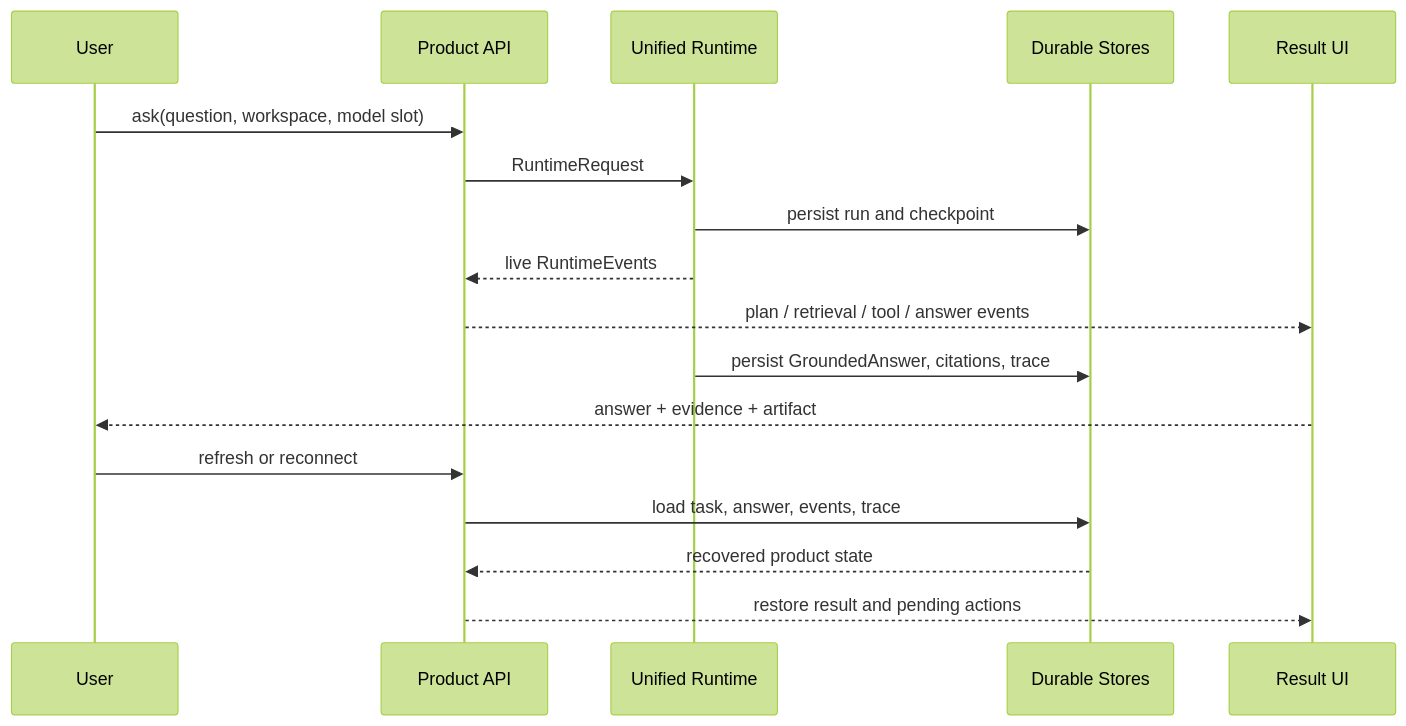
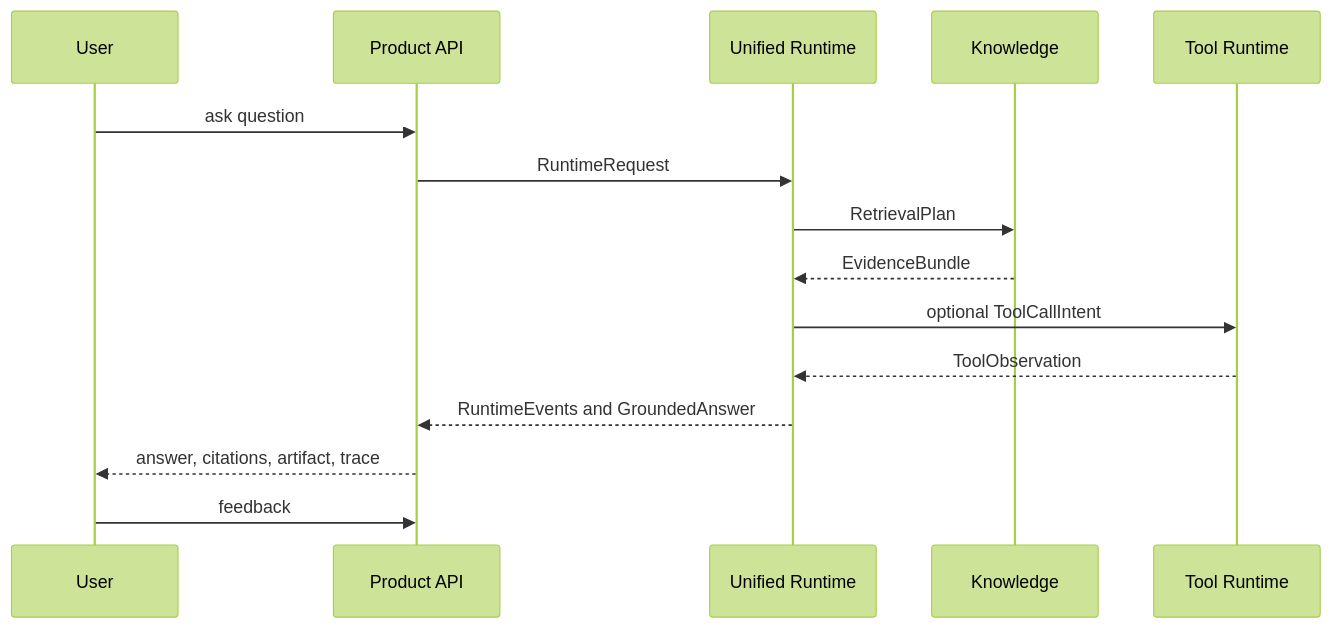
One commit to ProfessorZhi/Zuno changed diagram 15 of 30 in docs/architecture/architecture.md. Above: the diagram before and after it, drawn with Mermaid (forest theme). The commit also changed other lines of this file, not shown here.

Commit message:
Make target architecture Markdown text-first and design-complete

````diff
--- a/docs/architecture/architecture.md
+++ b/docs/architecture/architecture.md
@@ -591,20 +874,17 @@
 ```mermaid
 sequenceDiagram
   participant U as User
-  participant P as Product API
-  participant G as Unified Runtime
-  participant D as Durable Stores
-  participant UI as Result UI
-
-  U->>P: ask(question, workspace, model slot)
-  P->>G: RuntimeRequest
-  G->>D: persist run and checkpoint
-  G-->>P: live RuntimeEvents
-  P-->>UI: plan / retrieval / tool / answer events
-  G->>D: persist GroundedAnswer, citations, trace
-  UI-->>U: answer + evidence + artifact
-  U->>P: refresh or reconnect
-  P->>D: load task, answer, events, trace
-  D-->>P: recovered product state
-  P-->>UI: restore result and pending actions
+  participant API as Product API
+  participant R as Unified Runtime
+  participant K as Knowledge
+  participant T as Tool Runtime
+  U->>API: ask question
+  API->>R: RuntimeRequest
+  R->>K: RetrievalPlan
+  K-->>R: EvidenceBundle
+  R->>T: optional ToolCallIntent
+  T-->>R: ToolObservation
+  R-->>API: RuntimeEvents and GroundedAnswer
+  API-->>U: answer, citations, artifact, trace
+  U->>API: feedback
 ```
````
